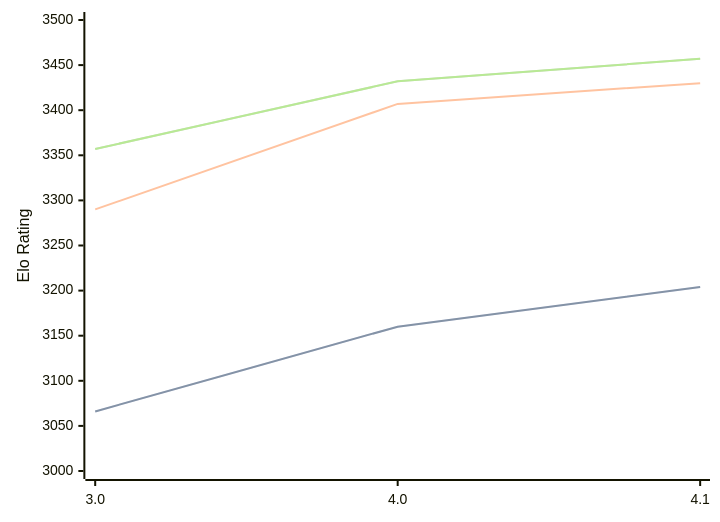
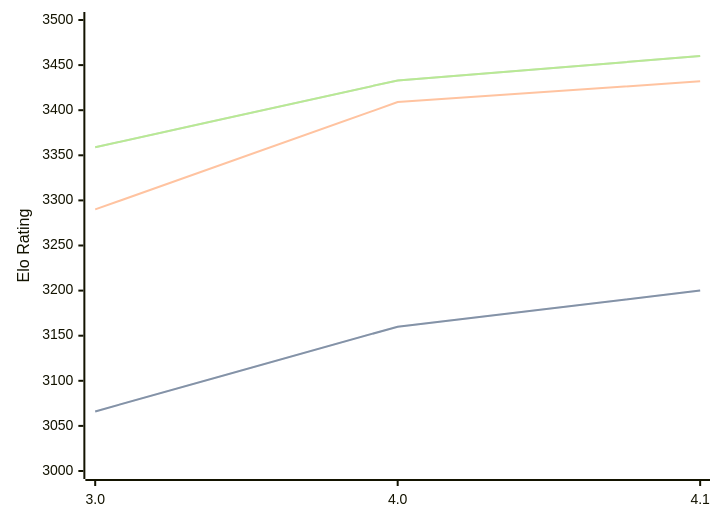
One commit to computer-chess-index/cci changed the diagram in engines/Eleanor.md. Above: the diagram before and after it, drawn with Mermaid. The commit also changed other lines of this file, not shown here.

Commit message:
Update CCI Ratings (ELO VLTC) - 2026-04-27

````diff
--- a/engines/Eleanor.md
+++ b/engines/Eleanor.md
@@ -35,11 +35,11 @@
 ```mermaid
 %%{init: {"theme":"base","themeVariables":{"seriesColors:['#a3a3a3','#222221','#faa371']}}}%%
 xychart-beta
   x-axis ["3.0", "4.0", "4.1"]
   y-axis "Elo Rating" 3000 --> 3500
-  line "STC (8.0+0.08s)" [3066, 3160, 3204]
-  line "STC (8.0+0.08s)" [3066, 3160, 3204]
-  line "LTC (60.0+0.60s)" [3290, 3407, 3430]
-  line "VLTC (2m24s+1.12s)" [3357, 3432, 3457]
-  line "VLTC (2m24s+1.12s)" [3357, 3432, 3457]
+  line "STC (8.0+0.08s)" [3066, 3160, 3200]
+  line "STC (8.0+0.08s)" [3066, 3160, 3200]
+  line "LTC (60.0+0.60s)" [3290, 3409, 3432]
+  line "VLTC (2m24s+1.12s)" [3359, 3433, 3460]
+  line "VLTC (2m24s+1.12s)" [3359, 3433, 3460]
 ```
````
